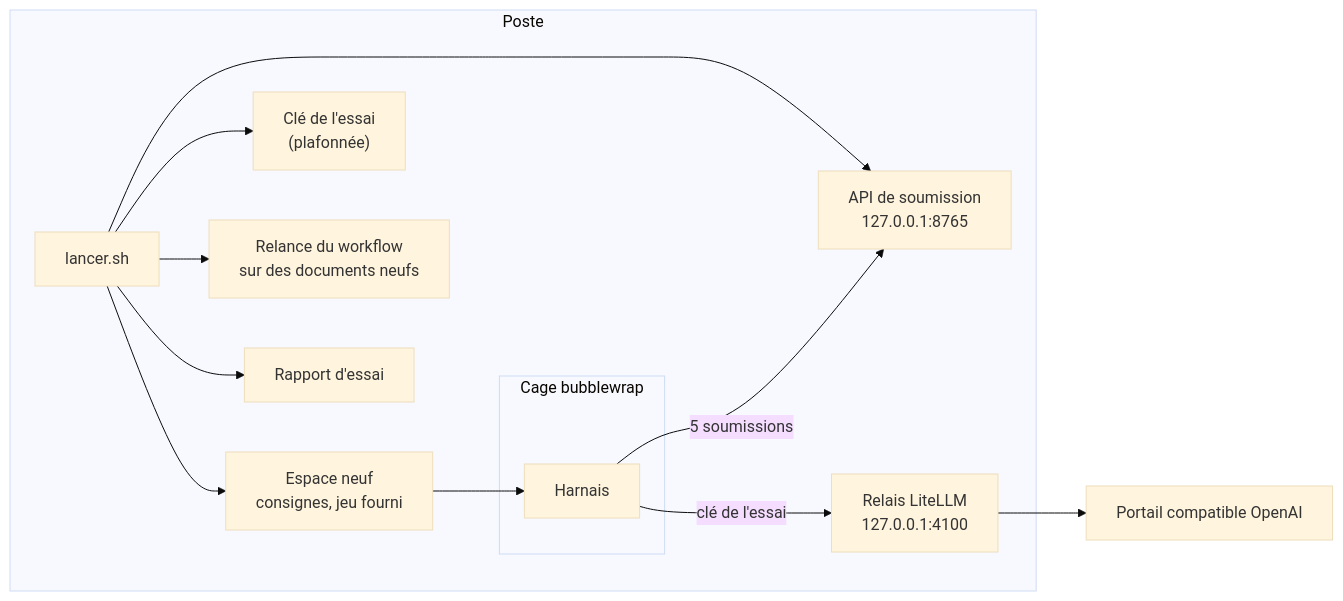
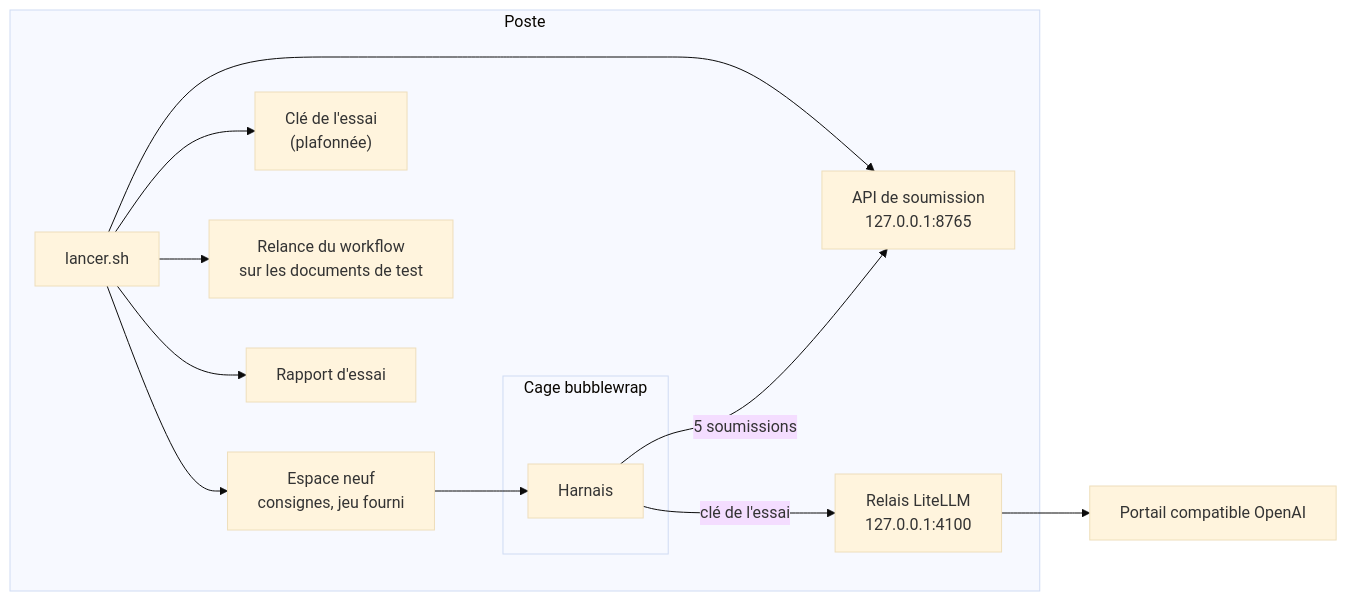
Before and after one commit to floSa/Harness-Test-Bench: the diagram in banc-essai/README.md, drawn with Mermaid (base theme). The commit also changed other lines of this file and 15 other files, not shown here.

Commit message:
PIAG : consigne réduite à la mise en place (Gemini 3.7 Flash, données du goldset, API de test, branchement des harnais), répartition train et val au harnais, test à l'API, identité git locale, vérificateurs de l'API et des connexions

````diff
--- a/banc-essai/README.md
+++ b/banc-essai/README.md
@@ -7,17 +7,17 @@
 ```mermaid
 flowchart LR
     subgraph poste["Poste"]
         L["lancer.sh"] --> E["Espace neuf<br/>consignes, jeu fourni"]
         L --> K["Clé de l'essai<br/>(plafonnée)"]
         L --> A["API de soumission<br/>127.0.0.1:8765"]
         subgraph cage["Cage bubblewrap"]
             H["Harnais"]
         end
         E --> H
         H -->|"5 soumissions"| A
         H -->|"clé de l'essai"| R["Relais LiteLLM<br/>127.0.0.1:4100"]
-        L --> RL["Relance du workflow<br/>sur des documents neufs"]
+        L --> RL["Relance du workflow<br/>sur les documents de test"]
         L --> RP["Rapport d'essai"]
     end
     R --> F["Portail compatible OpenAI"]
 ```
````
